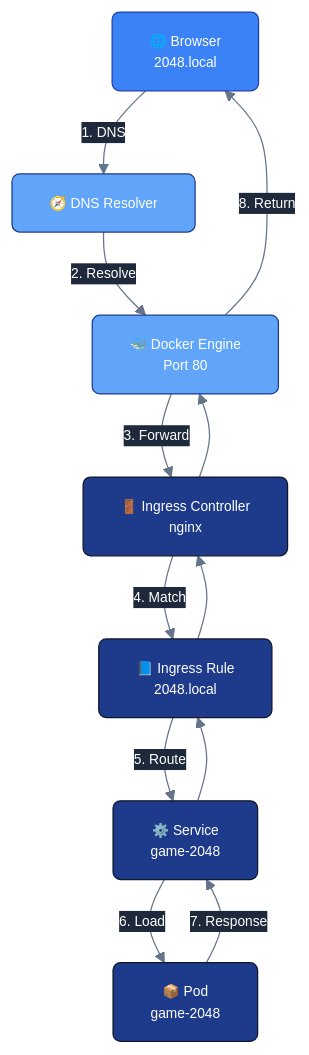
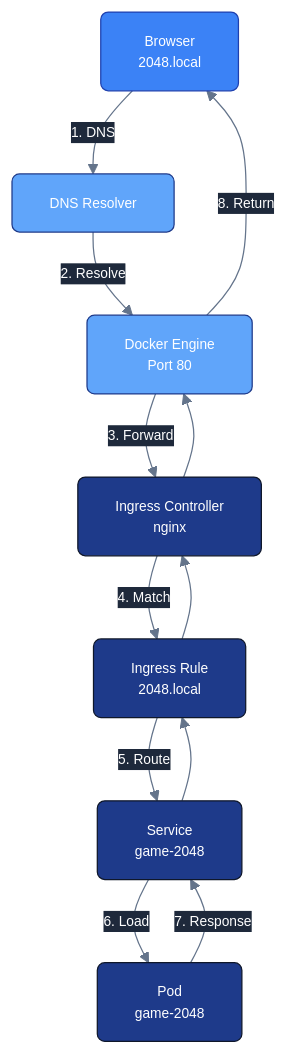
Before and after one commit to kadirariklar/game-2048-for-k8s: the second of 2 diagrams in README.md, drawn with Mermaid.

Commit message:
Edited mermaid diagrams.

````diff
--- a/README.md
+++ b/README.md
@@ -562,43 +562,43 @@
 ```mermaid
 %%{init: {
   "theme": "base",
   "themeVariables": {
     "primaryColor": "#2563EB",
     "primaryTextColor": "#FFFFFF",
     "primaryBorderColor": "#1E40AF",
     "clusterBkg": "#0F172A",
     "clusterBorder": "#1E293B",
     "edgeLabelBackground": "#1E293B",
     "lineColor": "#64748B",
     "fontFamily": "Inter, sans-serif",
     "fontSize": "11px"
   }
 }}%%
 flowchart TD
-    Browser["🌐 Browser<br/>2048.local"]:::client
-    DNS["🧭 DNS Resolver"]:::infra
-    Docker["🐳 Docker Engine<br/>Port 80"]:::infra
-    Ingress["🚪 Ingress Controller<br/>nginx"]:::k8s
-    Rule["📘 Ingress Rule<br/>2048.local"]:::k8s
-    Service["⚙️ Service<br/>game-2048"]:::k8s
-    Pod["📦 Pod<br/>game-2048"]:::k8s
+    Browser["Browser<br/>2048.local"]:::client
+    DNS["DNS Resolver"]:::infra
+    Docker["Docker Engine<br/>Port 80"]:::infra
+    Ingress["Ingress Controller<br/>nginx"]:::k8s
+    Rule["Ingress Rule<br/>2048.local"]:::k8s
+    Service["Service<br/>game-2048"]:::k8s
+    Pod["Pod<br/>game-2048"]:::k8s
 
     %% Vertical flow
     Browser -->|"1. DNS"| DNS
     DNS -->|"2. Resolve"| Docker
     Docker -->|"3. Forward"| Ingress
     Ingress -->|"4. Match"| Rule
     Rule -->|"5. Route"| Service
     Service -->|"6. Load"| Pod
     Pod -->|"7. Response"| Service
     Service --> Rule
     Rule --> Ingress
     Ingress --> Docker
     Docker -->|"8. Return"| Browser
 
     %% Style
     classDef client fill:#3B82F6,stroke:#1E40AF,color:#FFFFFF,rx:6,ry:6,stroke-width:1px;
     classDef infra fill:#60A5FA,stroke:#1E3A8A,color:#FFFFFF,rx:6,ry:6,stroke-width:1px;
     classDef k8s fill:#1E3A8A,stroke:#0F172A,color:#FFFFFF,rx:6,ry:6,stroke-width:1px;
 
 ```
````
